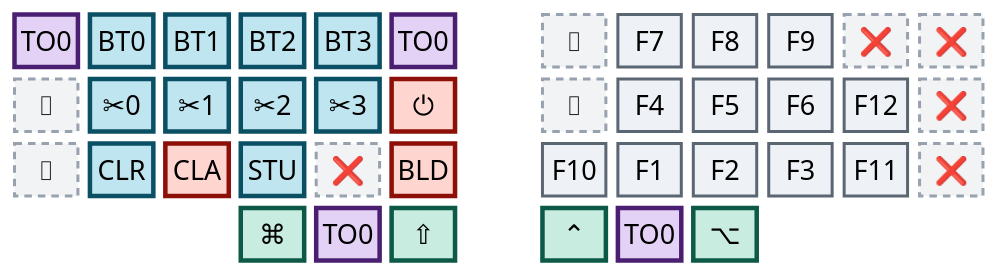
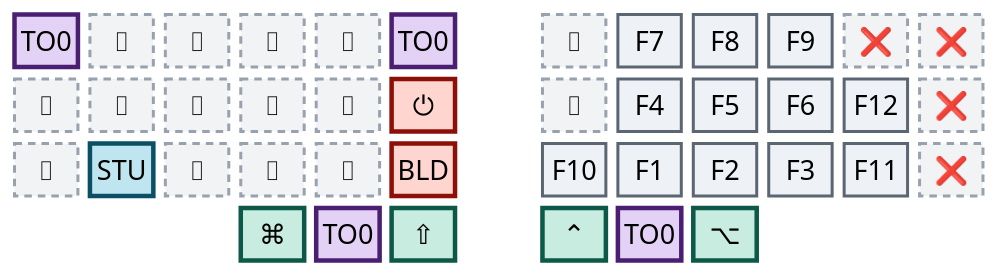
The sixth of 6 diagrams in README.md (abloch/zmk-corne), drawn with Mermaid before and after one commit. The commit also changed other lines of this file and 2 other files, not shown here.

First line of the commit message:
Take Bluetooth off layer 5 entirely

````diff
--- a/README.md
+++ b/README.md
@@ -222,24 +226,24 @@
 ```mermaid
 %%{init: {'theme':'base','themeVariables':{'primaryColor':'#eef1f5','primaryTextColor':'#0b0f14','primaryBorderColor':'#5b6673','nodeTextColor':'#0b0f14','textColor':'#0b0f14','mainBkg':'#eef1f5','fontSize':'18px'}}}%%
 block
 columns 13
 
-  to0["TO0"] b0["BT0"] b1["BT1"] b2["BT2"] b3["BT3"] t0b["TO0"] space tra["⌷"] f7["F7"] f8["F8"] f9["F9"] x1["❌"] x2["❌"]
-  trc["⌷"] d0["✂0"] d1["✂1"] d2["✂2"] d3["✂3"] off["⏻"] space trd["⌷"] f4["F4"] f5["F5"] f6["F6"] f12["F12"] x3["❌"]
-  tre["⌷"] clr["CLR"] cla["CLA"] stu["STU"] x4["❌"] bld["BLD"] space f10["F10"] f1["F1"] f2["F2"] f3["F3"] f11["F11"] x5["❌"]
+  to0["TO0"] tra["⌷"] trb["⌷"] trc["⌷"] trd["⌷"] t0b["TO0"] space tre["⌷"] f7["F7"] f8["F8"] f9["F9"] x1["❌"] x2["❌"]
+  trf["⌷"] trg["⌷"] trh["⌷"] tri["⌷"] trj["⌷"] off["⏻"] space trk["⌷"] f4["F4"] f5["F5"] f6["F6"] f12["F12"] x3["❌"]
+  trl["⌷"] stu["STU"] trm["⌷"] trn["⌷"] tro["⌷"] bld["BLD"] space f10["F10"] f1["F1"] f2["F2"] f3["F3"] f11["F11"] x4["❌"]
   space:3 cmd["⌘"] t0c["TO0"] sft["⇧"] space ctl["⌃"] t0d["TO0"] alt["⌥"] space:3
 
   classDef radio fill:#bfe6f0,stroke:#0a4f63,stroke-width:3px,color:#04222b
   classDef danger fill:#ffd5d0,stroke:#8c1008,stroke-width:3px,color:#3d0603
   classDef layerk fill:#e3d2f5,stroke:#4a1f72,stroke-width:3px,color:#240c39
   classDef core fill:#eef1f5,stroke:#5b6673,stroke-width:2px,color:#0b0f14
   classDef thumb fill:#c8ece0,stroke:#0b5946,stroke-width:3px,color:#06241c
   classDef dead fill:#f2f3f5,stroke:#98a2ae,stroke-width:2px,stroke-dasharray:5 4,color:#5b6673
 
-  class b0,b1,b2,b3,d0,d1,d2,d3,clr,stu radio
-  class cla,off,bld danger
+  class stu radio
+  class off,bld danger
   class to0,t0b,t0c,t0d layerk
   class f1,f2,f3,f4,f5,f6,f7,f8,f9,f10,f11,f12 core
   class cmd,sft,ctl,alt thumb
-  class tra,trc,trd,tre,x1,x2,x3,x4,x5 dead
+  class tra,trb,trc,trd,tre,trf,trg,trh,tri,trj,trk,trl,trm,trn,tro,x1,x2,x3,x4 dead
 ```
````
